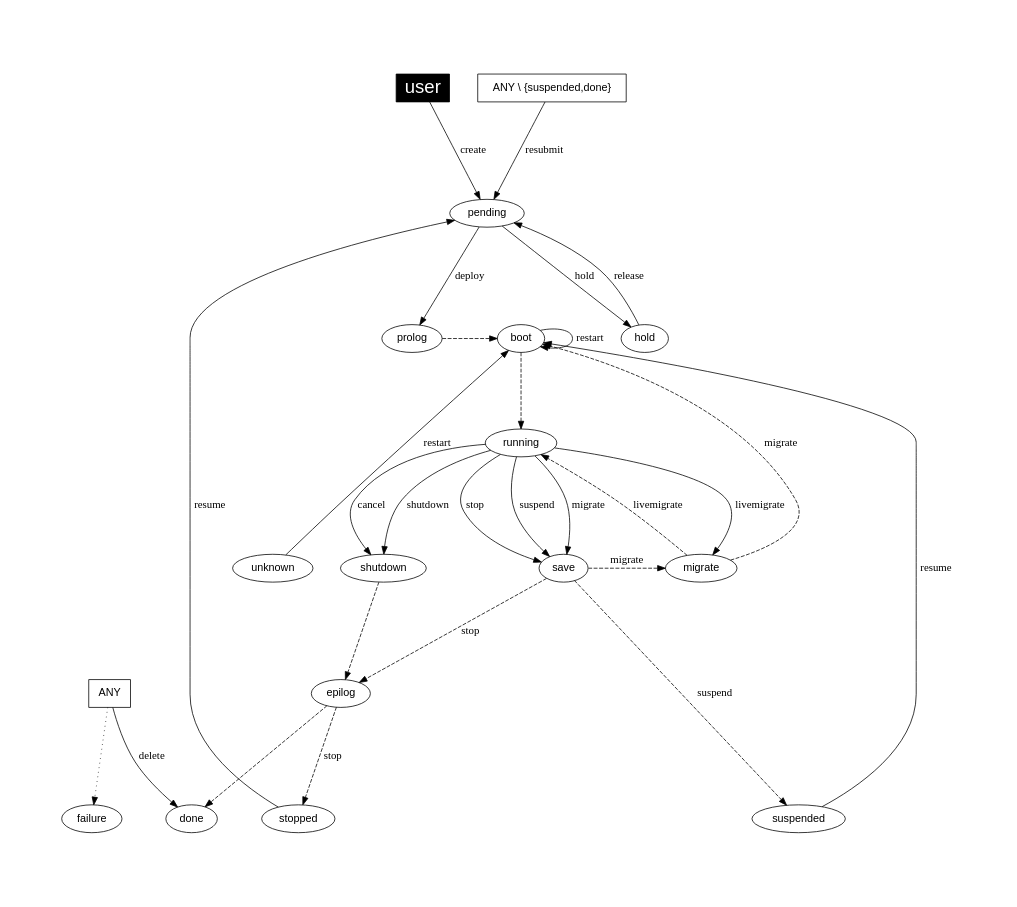
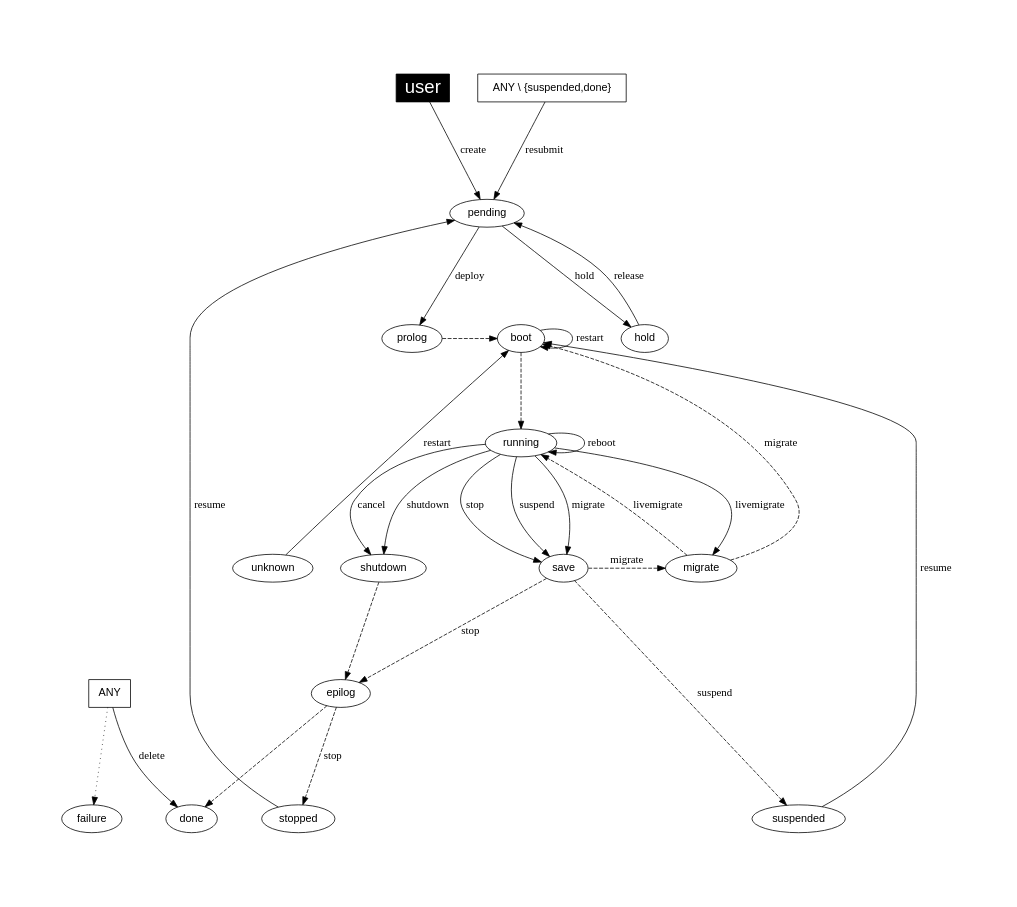
The diagram in share/doc/states/states-simple.dot (OpenNebula/one), drawn with Graphviz before and after one commit. The commit also changed 1 other file, not shown here.

Commit message:
Add reboot action to states documentation

```diff
--- a/share/doc/states/states-simple.dot
+++ b/share/doc/states/states-simple.dot
@@ -1,83 +1,86 @@
 
 
 digraph OpenNebula {
     graph [
         nodesep= 0.5,
         ratio=1,
         pad=1,
     ];
 
     node [fontname="Helvetica"];
     edge [fontname="Menlo"];
     
     user [
         fillcolor="black",
         style="filled", shape="box",
         fontcolor="white", fontsize= "24.0"];
 
     ANY [ shape="box" ];
     "ANY \\ {suspended,done}" [ shape="box" ];
 
     subgraph { rank = min; user}
 #    subgraph { rank = same; pending; hold; color="white"}
     subgraph { rank = same; prolog; boot; color="white" }
     subgraph { rank = same; migrate; save; shutdown; unknown; color="white" }
     subgraph { rank = max; suspended; done; failure; stopped; color="white" }
 
 #   create
     user -> pending [label="create"];
 
 #   deploy
     pending     -> prolog [label="deploy"];
     prolog      -> boot [style="dashed"];
     boot        -> running [style="dashed"];
 
 #   shutdown
     running     -> shutdown [label="shutdown"];
     shutdown    -> epilog [style="dashed"];
     epilog      -> done [style="dashed"];
 
 #   livemigrate
     running     -> migrate [label="livemigrate"];
     migrate     -> running [label="livemigrate", style="dashed"];
 
 #   migrate
     running     -> save [label="migrate"];
     save        -> migrate [label="migrate", style="dashed"];
     migrate     -> boot [label="migrate", style="dashed"];
 
 #   hold
     pending     -> hold [label="hold"];
 
 #   release
     hold        -> pending [label="release"];
 
 #   stop
     running     -> save [label="stop"];
     save        -> epilog [label="stop", style="dashed"];
     epilog      -> stopped [label="stop", style="dashed"];
 
 #   cancel
     running     -> shutdown [label="cancel"];
 
 #   suspend
     running     -> save [label="suspend"];
     save        -> suspended [label="suspend", style="dashed"];
 
 #   resume
     stopped     -> pending [label="resume"];
     suspended   -> boot [label="resume"];
 
 #   delete
     ANY         -> done [label="delete"];
 
 #   restart
     unknown     -> boot [label="restart"];
     boot        -> boot [label="restart"];
 
+#   reboot
+    running     -> running [label="reboot"];
+
 #   resubmit
     "ANY \\ {suspended,done}" -> pending [label="resubmit"];
 
 #   failures and misc.
     ANY         -> failure [style="dotted"];
 }
```
